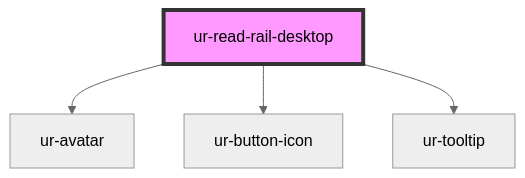
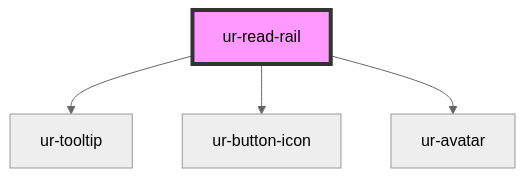
Before and after one commit to hellish/urnovl-web-components: the diagram in src/components/ur-read-rail/readme.md, drawn with Mermaid (neutral theme). The commit also changed other lines of this file and 4 other files, not shown here.

Commit message:
fix again read rail

````diff
--- a/src/components/ur-read-rail/readme.md
+++ b/src/components/ur-read-rail/readme.md
@@ -57,7 +59,7 @@
 ```mermaid
 graph TD;
-  ur-read-rail-desktop --> ur-avatar
-  ur-read-rail-desktop --> ur-button-icon
-  ur-read-rail-desktop --> ur-tooltip
-  style ur-read-rail-desktop fill:#f9f,stroke:#333,stroke-width:4px
+  ur-read-rail --> ur-tooltip
+  ur-read-rail --> ur-button-icon
+  ur-read-rail --> ur-avatar
+  style ur-read-rail fill:#f9f,stroke:#333,stroke-width:4px
 ```
````
